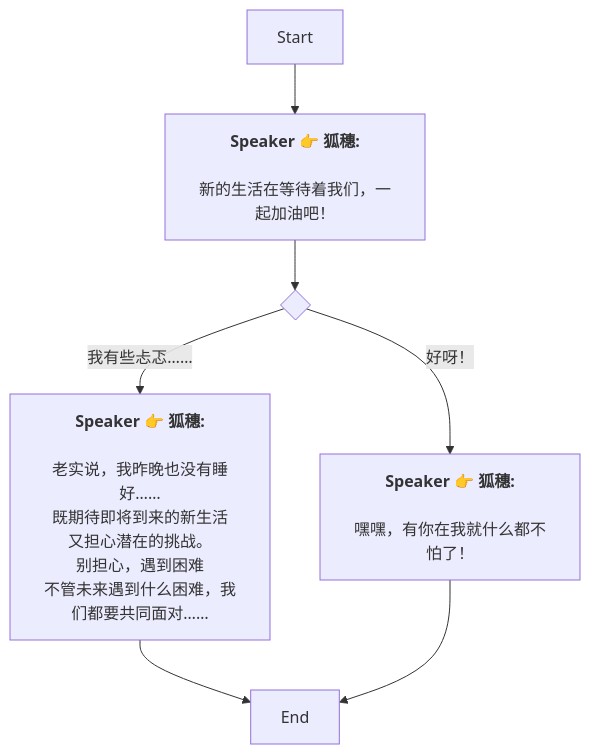
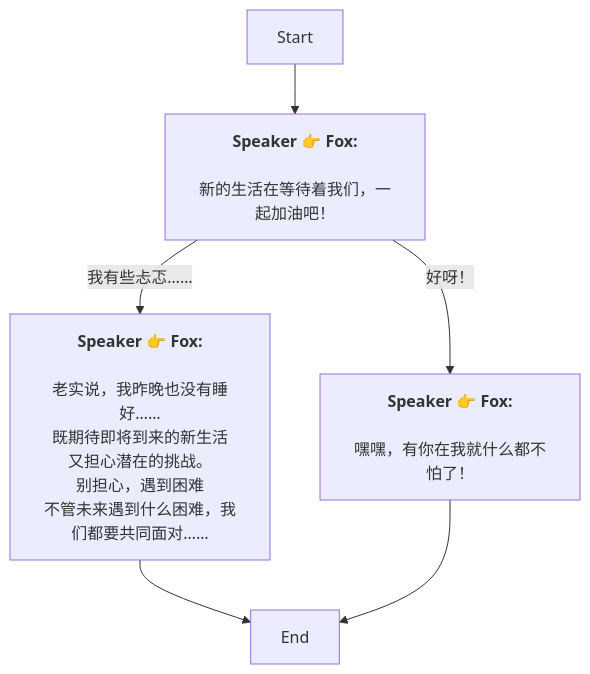
One commit to SoftHu/tos_avg changed the diagram in Zh/AddDialogNode_1739604715000012.md. Above: the diagram before and after it, drawn with Mermaid. The commit also changed 737 other files, not shown here.

````diff
--- a/Zh/AddDialogNode_1739604715000012.md
+++ b/Zh/AddDialogNode_1739604715000012.md
@@ -1,20 +1,15 @@
 ```mermaid
 graph
-Start -->1739604959410383[<b>Speaker 👉 狐穗:</b>
-
-新的生活在等待着我们，一起加油吧！]
-1739604959410383 -->1739606138329283{ }
-1739606138329283 -->|我有些忐忑……|1739607005541577[<b>Speaker 👉 狐穗:</b>
-
-老实说，我昨晚也没有睡好……
+Start -->1739604959410383[<b>Speaker 👉 Fox:</b>
+\n新的生活在等待着我们，一起加油吧！]
+1739604959410383 -->|我有些忐忑……|1739607005541577[<b>Speaker 👉 Fox:</b>
+\n老实说，我昨晚也没有睡好……
 既期待即将到来的新生活
-又担心潜在的挑战。
-别担心，遇到困难
+又担心潜在的挑战。\n别担心，遇到困难
 不管未来遇到什么困难，我们都要共同面对……]
-1739606138329283 -->|好呀！|1739610483867850[<b>Speaker 👉 狐穗:</b>
-
-嘿嘿，有你在我就什么都不怕了！]
+1739604959410383 -->|好呀！|1739610483867850[<b>Speaker 👉 Fox:</b>
+\n嘿嘿，有你在我就什么都不怕了！]
 1739607005541577 -->1739675679144139[End]
 1739610483867850 -->1739675679144139[End]
 
- ```
+```
````
